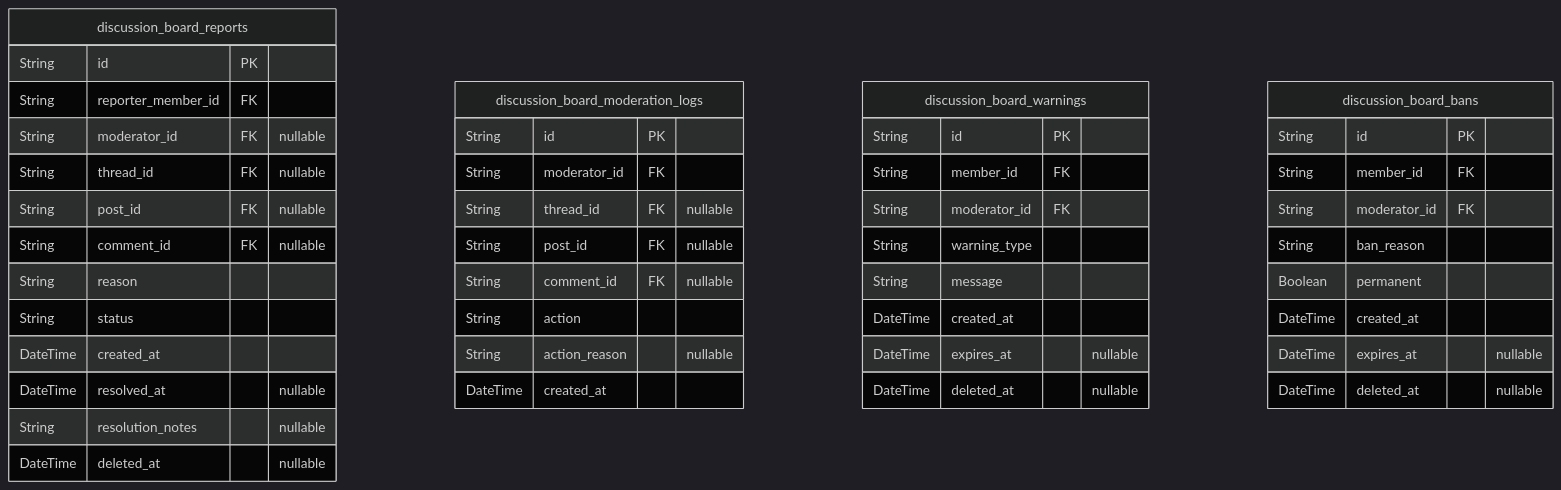
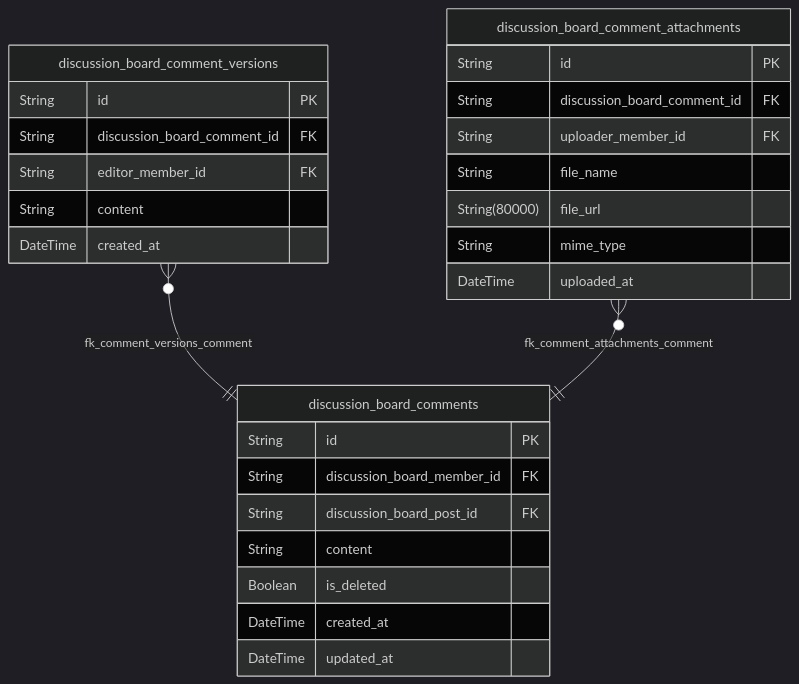
The fourth of 8 diagrams in docs/ERD.md (wrtnlabs/autobe-example-bbs-openai-gpt-4.1), drawn with Mermaid (dark theme) before and after one commit. The commit also changed other lines of this file and 1035 other files, not shown here.

````diff
--- a/docs/ERD.md
+++ b/docs/ERD.md
@@ -305,47 +387,30 @@
 ```mermaid
 erDiagram
-"discussion_board_reports" {
+"discussion_board_comments" {
   String id PK
-  String reporter_member_id FK
-  String moderator_id FK "nullable"
-  String thread_id FK "nullable"
-  String post_id FK "nullable"
-  String comment_id FK "nullable"
-  String reason
-  String status
+  String discussion_board_member_id FK
+  String discussion_board_post_id FK
+  String content
+  Boolean is_deleted
   DateTime created_at
-  DateTime resolved_at "nullable"
-  String resolution_notes "nullable"
-  DateTime deleted_at "nullable"
+  DateTime updated_at
 }
-"discussion_board_moderation_logs" {
+"discussion_board_comment_versions" {
   String id PK
-  String moderator_id FK
-  String thread_id FK "nullable"
-  String post_id FK "nullable"
-  String comment_id FK "nullable"
-  String action
-  String action_reason "nullable"
+  String discussion_board_comment_id FK
+  String editor_member_id FK
+  String content
   DateTime created_at
 }
-"discussion_board_warnings" {
+"discussion_board_comment_attachments" {
   String id PK
-  String member_id FK
-  String moderator_id FK
-  String warning_type
-  String message
-  DateTime created_at
-  DateTime expires_at "nullable"
-  DateTime deleted_at "nullable"
+  String discussion_board_comment_id FK
+  String uploader_member_id FK
+  String file_name
+  String(80000) file_url
+  String mime_type
+  DateTime uploaded_at
 }
-"discussion_board_bans" {
-  String id PK
-  String member_id FK
-  String moderator_id FK
-  String ban_reason
-  Boolean permanent
-  DateTime created_at
-  DateTime expires_at "nullable"
-  DateTime deleted_at "nullable"
-}
+"discussion_board_comment_versions" }o--|| "discussion_board_comments" : fk_comment_versions_comment
+"discussion_board_comment_attachments" }o--|| "discussion_board_comments" : fk_comment_attachments_comment
 ```
````
